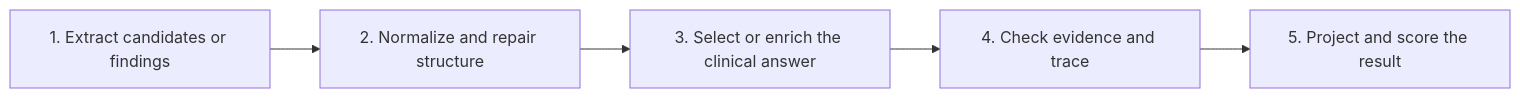
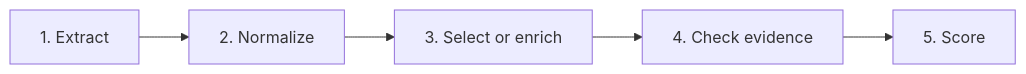
One commit to cbrown564-alt/clinical_extraction changed the diagram in README.md. Above: the diagram before and after it, drawn with Mermaid. The commit also changed other lines of this file and 13 other files, not shown here.

````diff
--- a/README.md
+++ b/README.md
@@ -66,7 +57,7 @@
 ```mermaid
 flowchart LR
-    A["1. Extract candidates or findings"] --> B["2. Normalize and repair structure"]
-    B --> C["3. Select or enrich the clinical answer"]
-    C --> D["4. Check evidence and trace"]
-    D --> E["5. Project and score the result"]
+    A["1. Extract"] --> B["2. Normalize"]
+    B --> C["3. Select or enrich"]
+    C --> D["4. Check evidence"]
+    D --> E["5. Score"]
 ```
````
